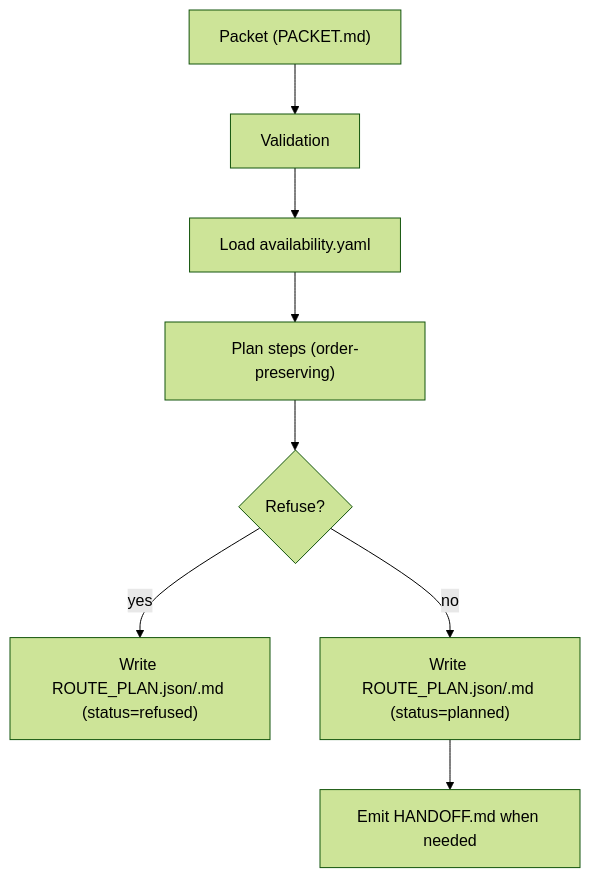
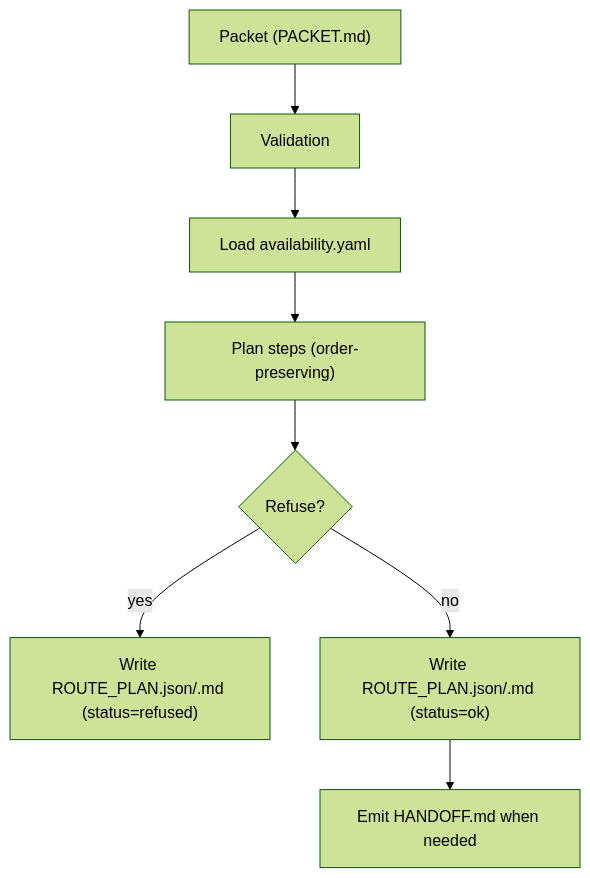
One commit to DDD-Enterprises/dopeTask changed the diagram in docs/12_ROUTER.md. Above: the diagram before and after it, drawn with Mermaid (forest theme). The commit also changed other lines of this file and 14 other files, not shown here.

````diff
--- a/docs/12_ROUTER.md
+++ b/docs/12_ROUTER.md
@@ -14,10 +14,10 @@
 ```mermaid
 flowchart TD
   A["Packet (PACKET.md)"] --> B["Validation"]
   B --> C["Load availability.yaml"]
   C --> D["Plan steps (order-preserving)"]
   D --> E{"Refuse?"}
   E -- "yes" --> F["Write ROUTE_PLAN.json/.md (status=refused)"]
-  E -- "no" --> G["Write ROUTE_PLAN.json/.md (status=planned)"]
+  E -- "no" --> G["Write ROUTE_PLAN.json/.md (status=ok)"]
   G --> H["Emit HANDOFF.md when needed"]
 ```
````
